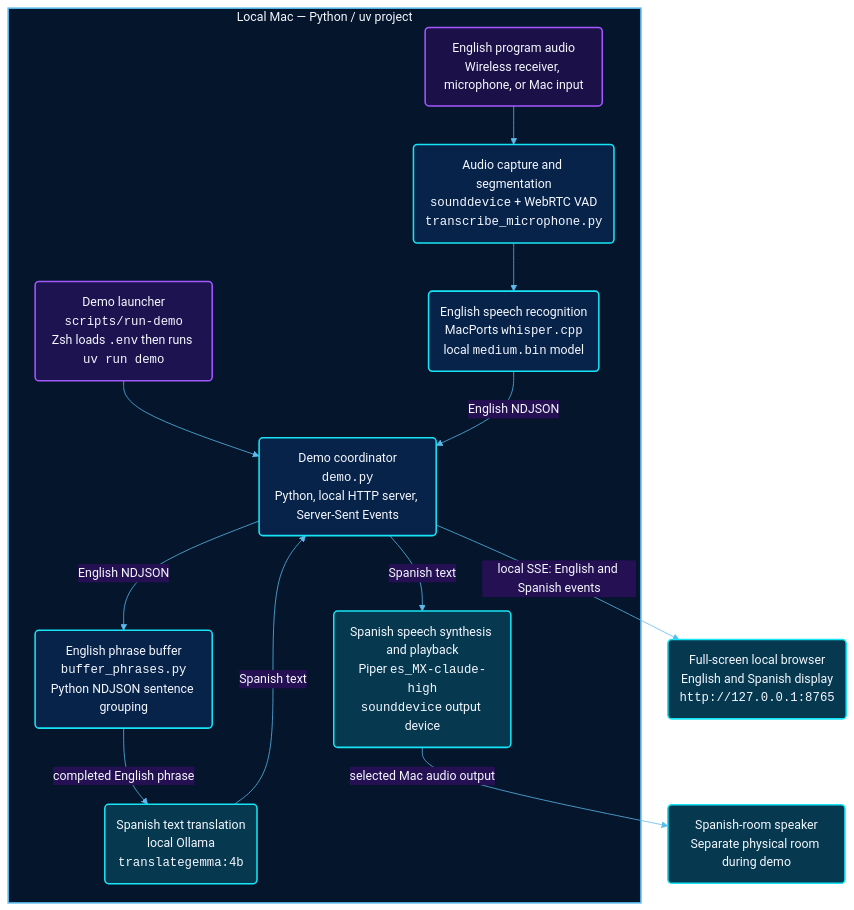
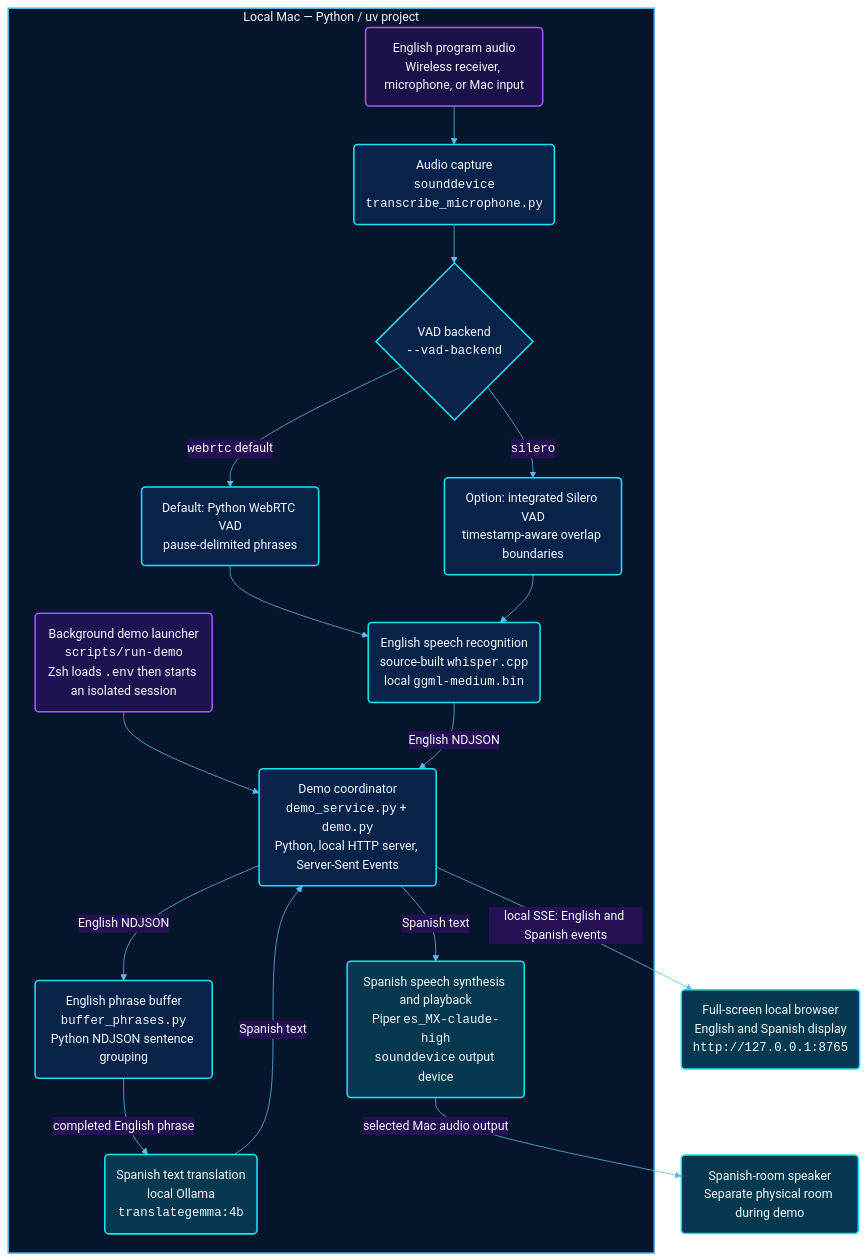
Before and after one commit to wjferris/translation_pipeline: the diagram in README.md, drawn with Mermaid. The commit also changed other lines of this file and 6 other files, not shown here.

````diff
--- a/README.md
+++ b/README.md
@@ -25,38 +25,43 @@
 ```mermaid
 %%{init: {'theme': 'base', 'themeVariables': {'background': '#030b1d', 'primaryColor': '#08234a', 'primaryTextColor': '#f4f8ff', 'primaryBorderColor': '#17e5f6', 'lineColor': '#5bbbed', 'secondaryColor': '#241052', 'tertiaryColor': '#06384f', 'clusterBkg': '#071a38', 'clusterBorder': '#4d89d1', 'fontFamily': 'system-ui'}}}%%
 flowchart TB
     Input("English program audio<br/>Wireless receiver, microphone, or Mac input")
     Speaker("Spanish-room speaker<br/>Separate physical room during demo")
     Browser("Full-screen local browser<br/>English and Spanish display<br/><code>http://127.0.0.1:8765</code>")
 
     subgraph Mac["Local Mac — Python / uv project"]
-        Launcher("Demo launcher<br/><code>scripts/run-demo</code><br/>Zsh loads <code>.env</code> then runs <code>uv run demo</code>")
-        Coordinator("Demo coordinator<br/><code>demo.py</code><br/>Python, local HTTP server, Server-Sent Events")
-        Capture("Audio capture and segmentation<br/><code>sounddevice</code> + WebRTC VAD<br/><code>transcribe_microphone.py</code>")
-        ASR("English speech recognition<br/>MacPorts <code>whisper.cpp</code><br/>local <code>medium.bin</code> model")
+        Launcher("Background demo launcher<br/><code>scripts/run-demo</code><br/>Zsh loads <code>.env</code> then starts an isolated session")
+        Coordinator("Demo coordinator<br/><code>demo_service.py</code> + <code>demo.py</code><br/>Python, local HTTP server, Server-Sent Events")
+        Capture("Audio capture<br/><code>sounddevice</code><br/><code>transcribe_microphone.py</code>")
+        VAD{"VAD backend<br/><code>--vad-backend</code>"}
+        WebRTC("Default: Python WebRTC VAD<br/>pause-delimited phrases")
+        Silero("Option: integrated Silero VAD<br/>timestamp-aware overlap boundaries")
+        ASR("English speech recognition<br/>source-built <code>whisper.cpp</code><br/>local <code>ggml-medium.bin</code>")
         Buffer("English phrase buffer<br/><code>buffer_phrases.py</code><br/>Python NDJSON sentence grouping")
         Translation("Spanish text translation<br/>local Ollama<br/><code>translategemma:4b</code>")
         TTS("Spanish speech synthesis and playback<br/>Piper <code>es_MX-claude-high</code><br/><code>sounddevice</code> output device")
 
         Launcher --> Coordinator
-        Input --> Capture --> ASR
+        Input --> Capture --> VAD
+        VAD -->|<code>webrtc</code> default| WebRTC --> ASR
+        VAD -->|<code>silero</code>| Silero --> ASR
         ASR -->|English NDJSON| Coordinator
         Coordinator -->|English NDJSON| Buffer
         Buffer -->|completed English phrase| Translation
         Translation -->|Spanish text| Coordinator
         Coordinator -->|Spanish text| TTS
     end
 
     Coordinator -->|local SSE: English and Spanish events| Browser
     TTS -->|selected Mac audio output| Speaker
 
     classDef input fill:#1b1047,stroke:#a258ff,color:#f4f8ff,stroke-width:2px
     classDef launcher fill:#1d1350,stroke:#a258ff,color:#f4f8ff,stroke-width:2px
     classDef core fill:#08234a,stroke:#17e5f6,color:#f4f8ff,stroke-width:2px
     classDef output fill:#06384f,stroke:#17e5f6,color:#f4f8ff,stroke-width:2px
     class Input input
     class Launcher launcher
-    class Capture,ASR,Buffer,Coordinator core
+    class Capture,VAD,WebRTC,Silero,ASR,Buffer,Coordinator core
     class Translation,TTS,Browser,Speaker output
     style Mac fill:#04152c,stroke:#5bbbed,stroke-width:2px,color:#f4f8ff
 ```
````
